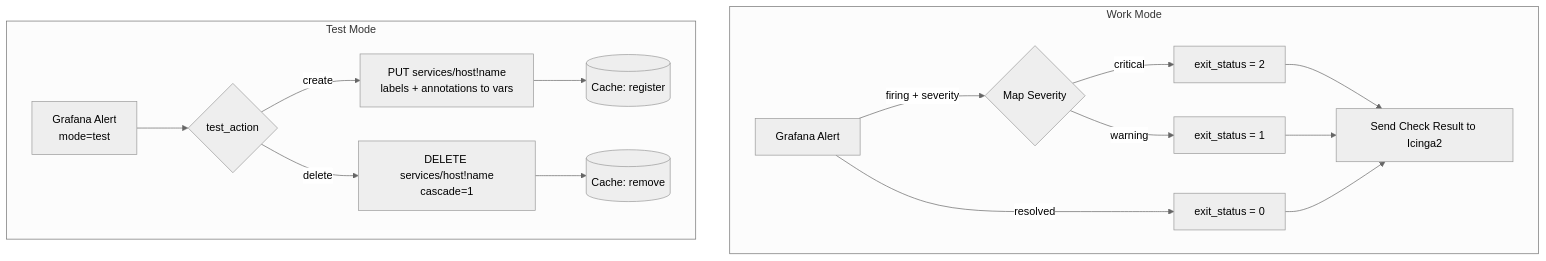
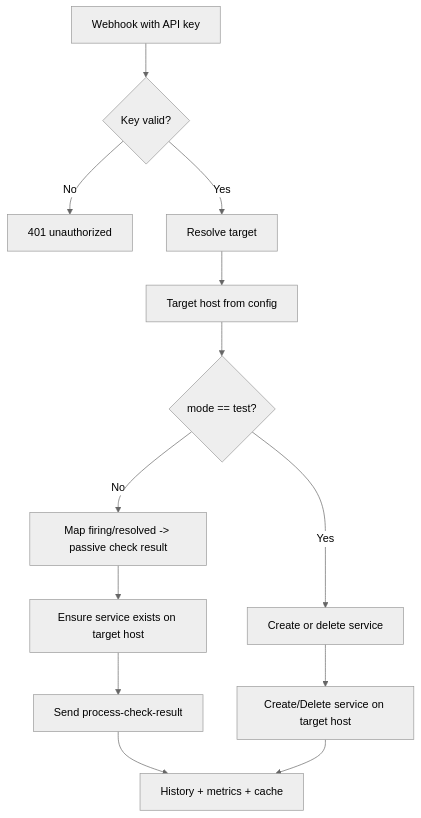
One commit to dzaczek/IcingaAlertingForge changed the second of 2 diagrams in README.md. Above: the diagram before and after it, drawn with Mermaid (neutral theme). The commit also changed other lines of this file and 37 other files, not shown here.

Commit message:
Add multi-target routing and document test environment

````diff
--- a/README.md
+++ b/README.md
@@ -86,20 +116,15 @@
 ```mermaid
 flowchart TD
-    subgraph WM["Work Mode"]
-        W1["Grafana Alert"] -->|"firing + severity"| W2{"Map Severity"}
-        W2 -->|"critical"| W3["exit_status = 2"]
-        W2 -->|"warning"| W4["exit_status = 1"]
-        W1 -->|"resolved"| W5["exit_status = 0"]
-        W3 --> W6["Send Check Result to Icinga2"]
-        W4 --> W6
-        W5 --> W6
-    end
-
-    subgraph TM["Test Mode"]
-        T1["Grafana Alert\nmode=test"] --> T2{"test_action"}
-        T2 -->|"create"| T3["PUT services/host!name\nlabels + annotations to vars"]
-        T2 -->|"delete"| T4["DELETE services/host!name\ncascade=1"]
-        T3 --> T5[("Cache: register")]
-        T4 --> T6[("Cache: remove")]
-    end
+    W["Webhook with API key"] --> K{"Key valid?"}
+    K -->|No| U["401 unauthorized"]
+    K -->|Yes| T["Resolve target"]
+    T --> H["Target host from config"]
+    H --> M{"mode == test?"}
+    M -->|No| WM["Map firing/resolved -> passive check result"]
+    M -->|Yes| TM["Create or delete service"]
+    WM --> S["Ensure service exists on target host"]
+    S --> P["Send process-check-result"]
+    TM --> C["Create/Delete service on target host"]
+    P --> R["History + metrics + cache"]
+    C --> R
 ```
````
